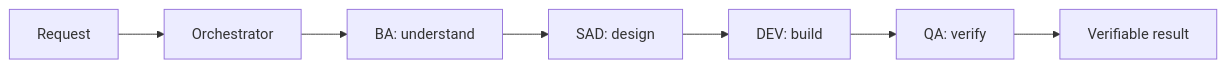
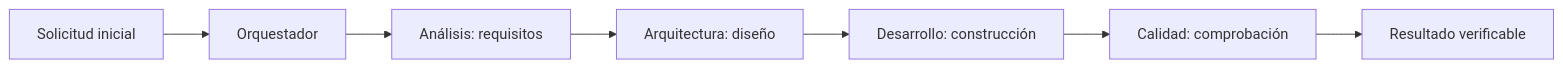
Before and after one commit to EmmanuelOrtiz87/gentle-vanguard-public: the first of 2 diagrams in README.md, drawn with Mermaid. The commit also changed other lines of this file, not shown here.

````diff
--- a/README.md
+++ b/README.md
@@ -52,9 +71,9 @@
 ```mermaid
 flowchart LR
-  U[Request] --> O[Orchestrator]
-  O --> B[BA: understand]
-  B --> S[SAD: design]
-  S --> D[DEV: build]
-  D --> Q[QA: verify]
-  Q --> R[Verifiable result]
+  U[Solicitud inicial] --> O[Orquestador]
+  O --> B[Análisis: requisitos]
+  B --> S[Arquitectura: diseño]
+  S --> D[Desarrollo: construcción]
+  D --> Q[Calidad: comprobación]
+  Q --> R[Resultado verificable]
 ```
````
